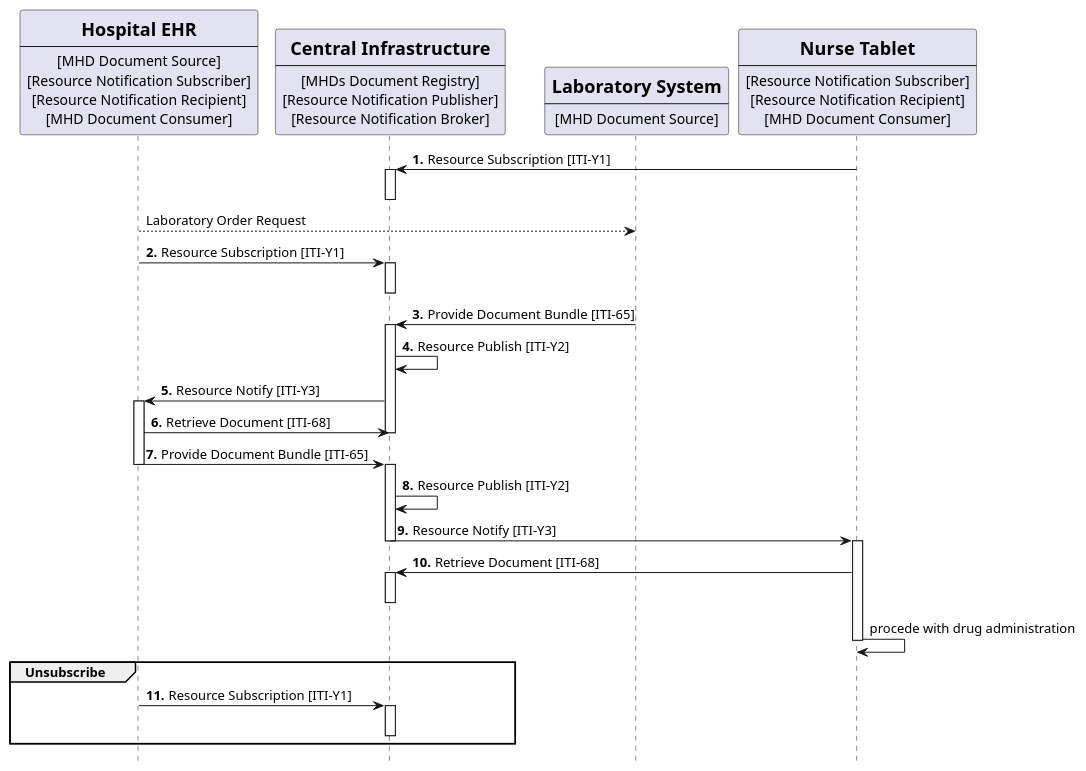
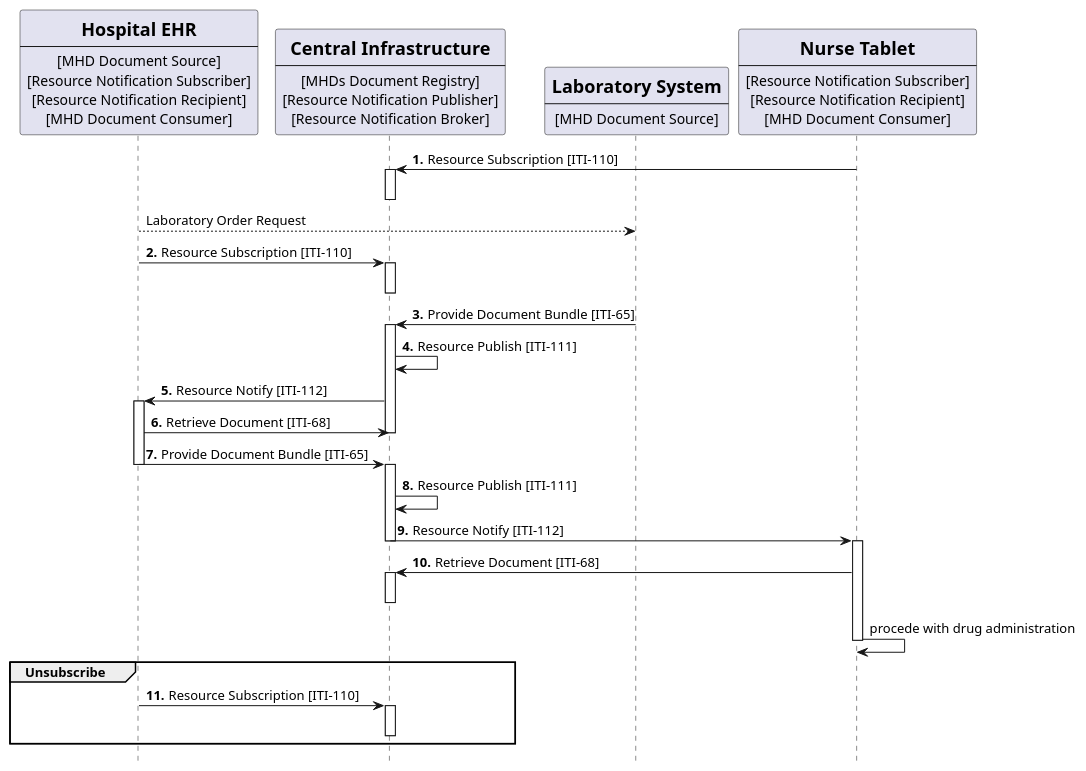
One commit to IHE/ITI.DSUBm changed the diagram in input/images-source/usecase1-processflow.plantuml. Above: the diagram before and after it, drawn with PlantUML. The commit also changed 13 other files, not shown here.

```diff
--- a/input/images-source/usecase1-processflow.plantuml
+++ b/input/images-source/usecase1-processflow.plantuml
@@ -1,82 +1,82 @@
 @startuml
 skinparam svgDimensionStyle false
 hide footbox
 
 /'title "Subscription with DSUBm on MHDs infrastructure: Laboratory Results and ePrescription"'/
 participant HospitalEHR [
     =Hospital EHR
     ----
     [MHD Document Source]
     [Resource Notification Subscriber]
     [Resource Notification Recipient]
     [MHD Document Consumer]
 ] 
 
 participant MHDsDocumentRegistry [
     =Central Infrastructure
     ----
     [MHDs Document Registry]
     [Resource Notification Publisher]
     [Resource Notification Broker]
     ] 
 
 
 participant LaboratorySystem [
     =Laboratory System
     ----
     [MHD Document Source]
 ] 
 
 participant NurseTablet [
     =Nurse Tablet
     ----
     [Resource Notification Subscriber]
     [Resource Notification Recipient]
     [MHD Document Consumer]
 ] 
 autonumber "<b>."
-NurseTablet -> MHDsDocumentRegistry:   Resource Subscription [ITI-Y1]
+NurseTablet -> MHDsDocumentRegistry:   Resource Subscription [ITI-110]
 activate MHDsDocumentRegistry
 deactivate MHDsDocumentRegistry
 autonumber stop
 HospitalEHR --> LaboratorySystem:  Laboratory Order Request
 autonumber 2 "<b>."
-HospitalEHR -> MHDsDocumentRegistry:  Resource Subscription [ITI-Y1]
+HospitalEHR -> MHDsDocumentRegistry:  Resource Subscription [ITI-110]
 activate MHDsDocumentRegistry
 deactivate MHDsDocumentRegistry
 
 
 
 
 LaboratorySystem -> MHDsDocumentRegistry: Provide Document Bundle [ITI-65]
 activate MHDsDocumentRegistry
-MHDsDocumentRegistry -> MHDsDocumentRegistry : Resource Publish [ITI-Y2]
-MHDsDocumentRegistry -> HospitalEHR : Resource Notify [ITI-Y3]
+MHDsDocumentRegistry -> MHDsDocumentRegistry : Resource Publish [ITI-111]
+MHDsDocumentRegistry -> HospitalEHR : Resource Notify [ITI-112]
 activate HospitalEHR
 
 HospitalEHR -> MHDsDocumentRegistry:  Retrieve Document [ITI-68]
 deactivate MHDsDocumentRegistry
 HospitalEHR -> MHDsDocumentRegistry: Provide Document Bundle [ITI-65]
 deactivate HospitalEHR
 
 activate MHDsDocumentRegistry
-MHDsDocumentRegistry -> MHDsDocumentRegistry : Resource Publish [ITI-Y2]
-MHDsDocumentRegistry -> NurseTablet : Resource Notify [ITI-Y3]
+MHDsDocumentRegistry -> MHDsDocumentRegistry : Resource Publish [ITI-111]
+MHDsDocumentRegistry -> NurseTablet : Resource Notify [ITI-112]
 deactivate MHDsDocumentRegistry
 activate NurseTablet
 NurseTablet -> MHDsDocumentRegistry: Retrieve Document [ITI-68]
 activate MHDsDocumentRegistry
 deactivate MHDsDocumentRegistry
 autonumber stop
 NurseTablet -> NurseTablet: procede with drug administration
 deactivate NurseTablet
 
 autonumber 11 "<b>."
 group Unsubscribe
-  HospitalEHR ->MHDsDocumentRegistry: Resource Subscription [ITI-Y1]
+  HospitalEHR ->MHDsDocumentRegistry: Resource Subscription [ITI-110]
   activate MHDsDocumentRegistry
   deactivate MHDsDocumentRegistry
   
 end
 
 @enduml
```
